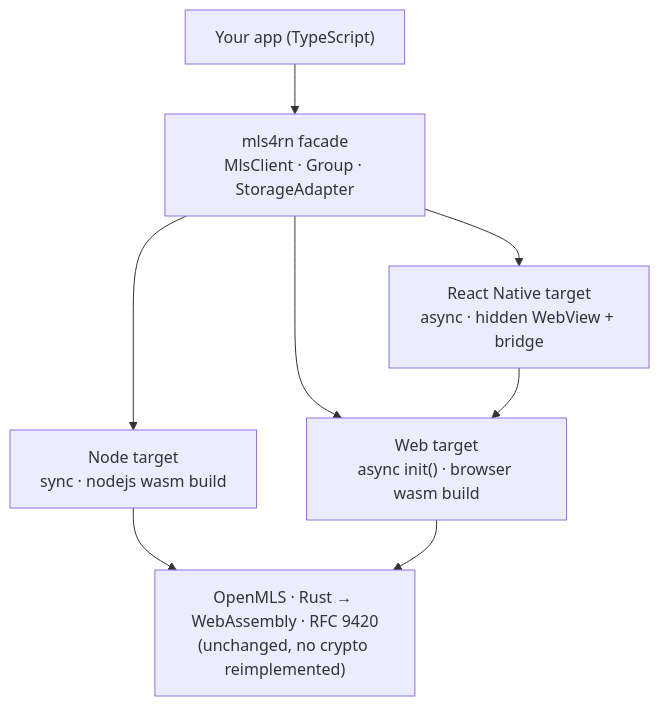
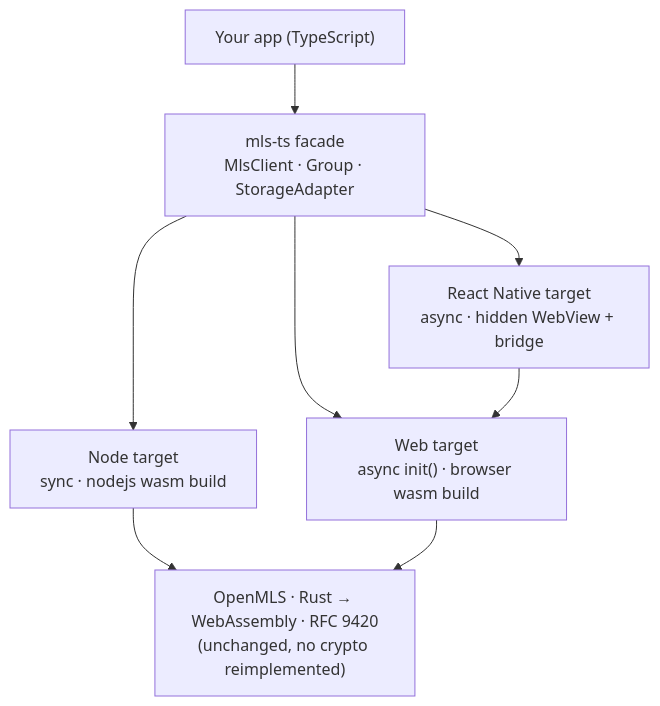
One commit to umerjaved178/MLS4RN changed the diagram in docs/presentation.md. Above: the diagram before and after it, drawn with Mermaid. The commit also changed 28 other files, not shown here.

````diff
--- a/docs/presentation.md
+++ b/docs/presentation.md
@@ -11,10 +11,10 @@
 ```mermaid
 flowchart TD
-    App["Your app (TypeScript)"] --> Facade["mls4rn facade<br/>MlsClient · Group · StorageAdapter"]
+    App["Your app (TypeScript)"] --> Facade["mls-ts facade<br/>MlsClient · Group · StorageAdapter"]
     Facade --> N["Node target<br/>sync · nodejs wasm build"]
     Facade --> W["Web target<br/>async init() · browser wasm build"]
     Facade --> R["React Native target<br/>async · hidden WebView + bridge"]
     N --> M["OpenMLS · Rust → WebAssembly · RFC 9420<br/>(unchanged, no crypto reimplemented)"]
     W --> M
     R --> W
 ```
````
